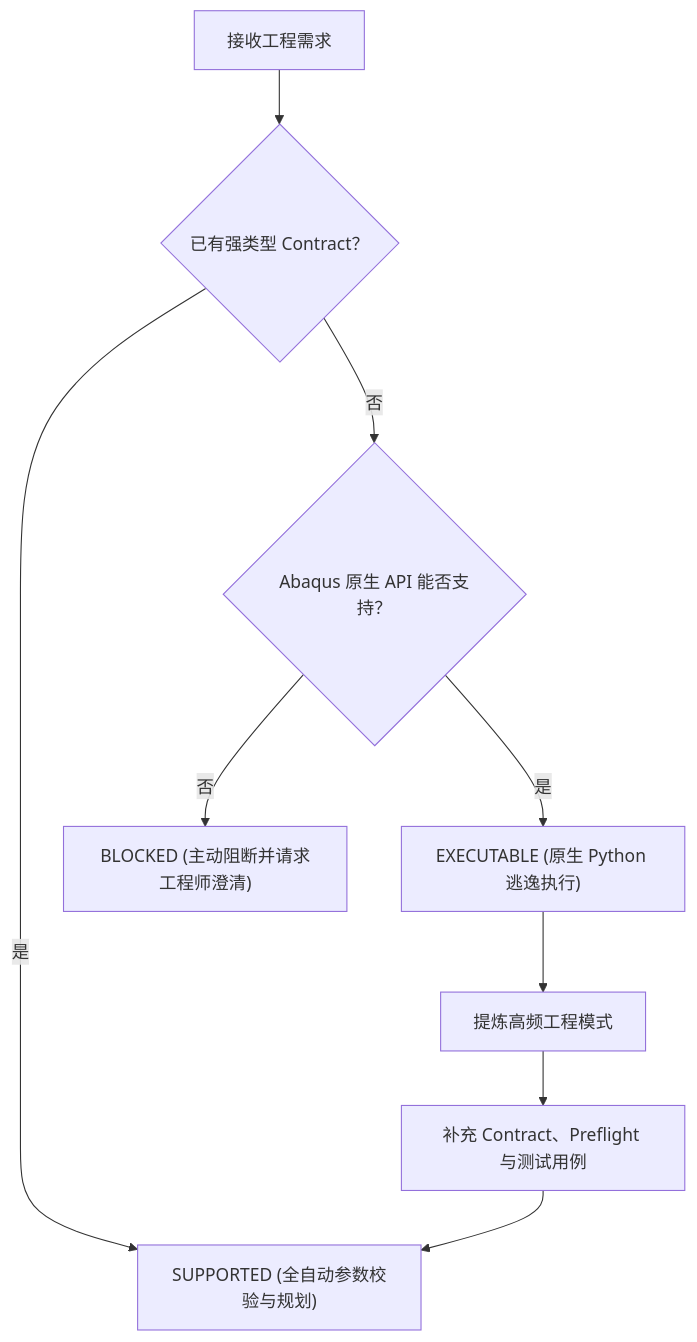
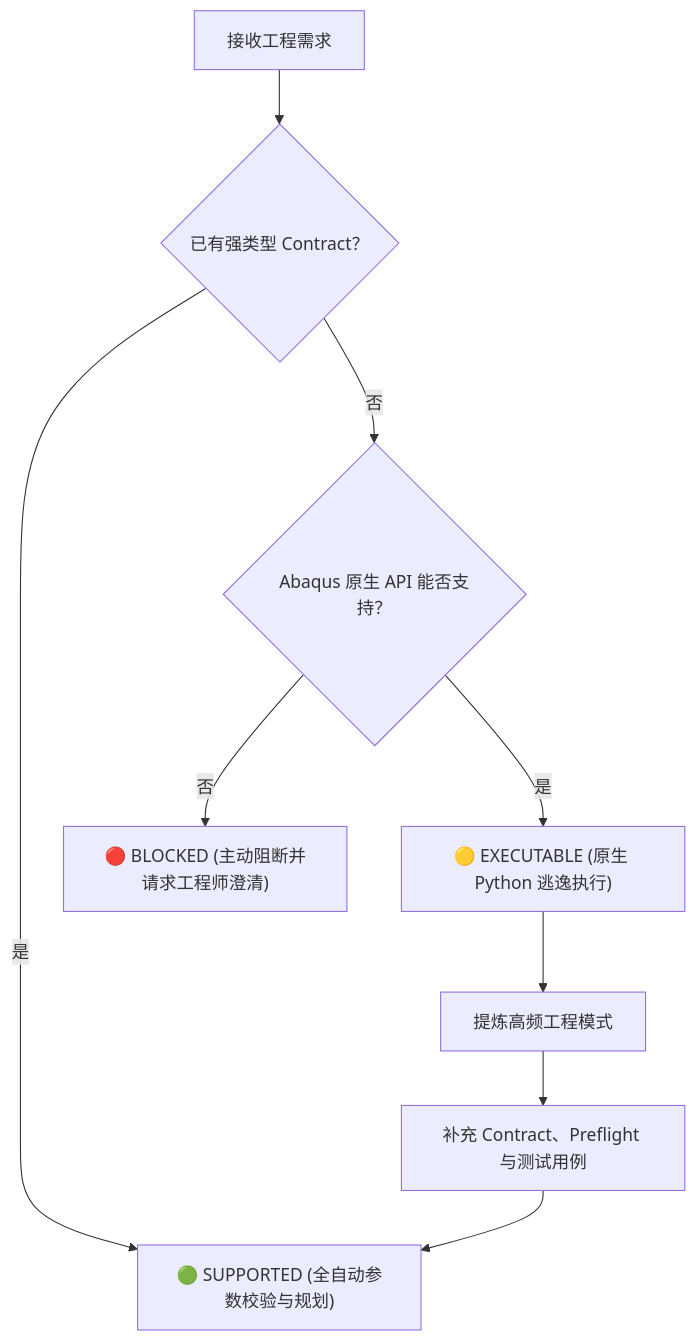
The third of 3 diagrams in README_CN.md (chenlei-gh/Abaqus-AI-Agent), drawn with Mermaid before and after one commit. The commit also changed other lines of this file and 1 other file, not shown here.

First line of the commit message:
Optimize readme overview charts for mobile devices

````diff
--- a/README_CN.md
+++ b/README_CN.md
@@ -242,11 +199,11 @@
 ```mermaid
 flowchart TD
     D["接收工程需求"] --> T{"已有强类型 Contract？"}
-    T -->|是| S["SUPPORTED (全自动参数校验与规划)"]
+    T -->|是| S["🟢 SUPPORTED (全自动参数校验与规划)"]
     T -->|否| P{"Abaqus 原生 API 能否支持？"}
-    P -->|是| X["EXECUTABLE (原生 Python 逃逸执行)"]
-    P -->|否| A["BLOCKED (主动阻断并请求工程师澄清)"]
+    P -->|是| X["🟡 EXECUTABLE (原生 Python 逃逸执行)"]
+    P -->|否| A["🔴 BLOCKED (主动阻断并请求工程师澄清)"]
     X --> H["提炼高频工程模式"]
     H --> C["补充 Contract、Preflight 与测试用例"]
     C --> S
 ```
````
